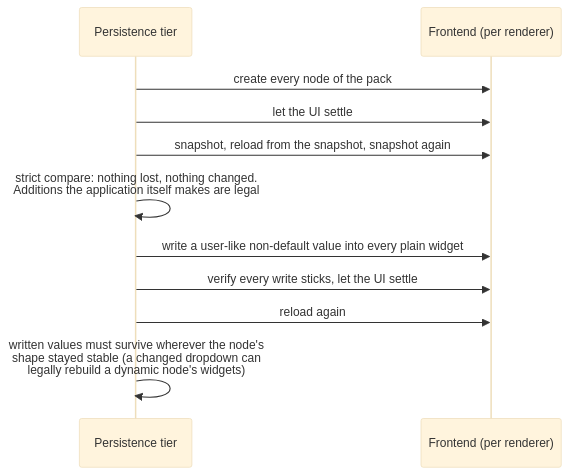
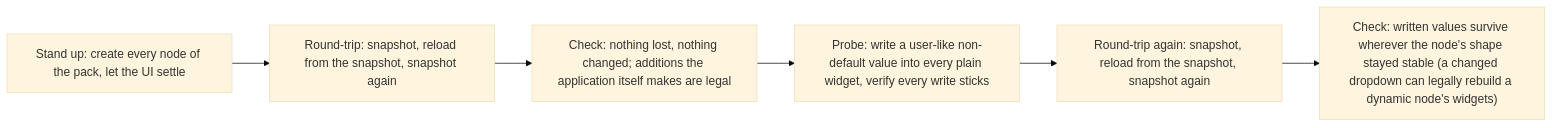
Before and after one commit to Comfy-Org/ComfyUI_frontend: the sixth of 9 diagrams in browser_tests/tests/customNodes/ARCHITECTURE.md, drawn with Mermaid (base theme). The commit also changed other lines of this file, not shown here.

First line of the commit message:
docs(custom-nodes): context + execution + persistence diagrams restructured per review

````diff
--- a/browser_tests/tests/customNodes/ARCHITECTURE.md
+++ b/browser_tests/tests/customNodes/ARCHITECTURE.md
@@ -256,13 +317,11 @@
 ```mermaid
-sequenceDiagram
-    participant T as Persistence tier
-    participant UI as Frontend (per renderer)
-    T->>UI: create every node of the pack
-    T->>UI: let the UI settle
-    T->>UI: snapshot, reload from the snapshot, snapshot again
-    T->>T: strict compare: nothing lost, nothing changed.<br/>Additions the application itself makes are legal
-    T->>UI: write a user-like non-default value into every plain widget
-    T->>UI: verify every write sticks, let the UI settle
-    T->>UI: reload again
-    T->>T: written values must survive wherever the node's<br/>shape stayed stable (a changed dropdown can<br/>legally rebuild a dynamic node's widgets)
+%%{init: {"flowchart": {"wrappingWidth": 240}}}%%
+flowchart LR
+    P1["Stand up: create every node of the pack, let the UI settle"]
+    P2["Round-trip: snapshot, reload from the snapshot, snapshot again"]
+    P3["Check: nothing lost, nothing changed; additions the application itself makes are legal"]
+    P4["Probe: write a user-like non-default value into every plain widget, verify every write sticks"]
+    P5["Round-trip again: snapshot, reload from the snapshot, snapshot again"]
+    P6["Check: written values survive wherever the node's shape stayed stable (a changed dropdown can legally rebuild a dynamic node's widgets)"]
+    P1 --> P2 --> P3 --> P4 --> P5 --> P6
 ```
````
